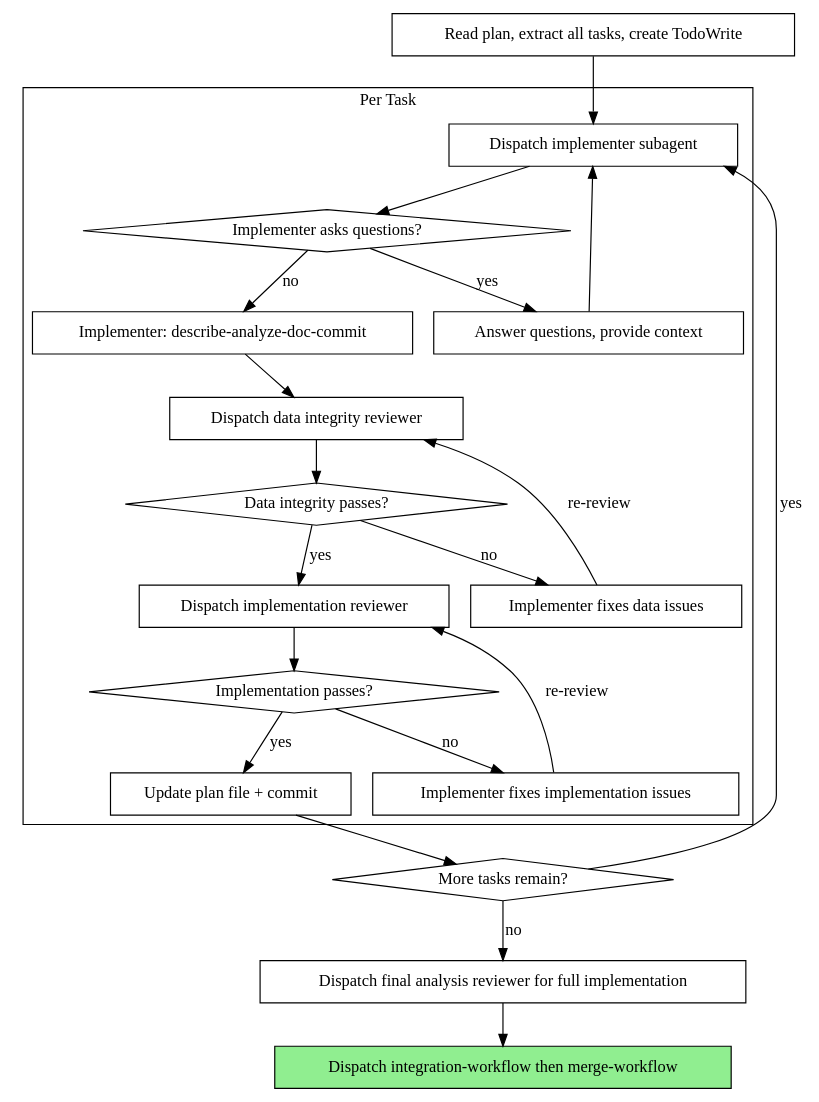
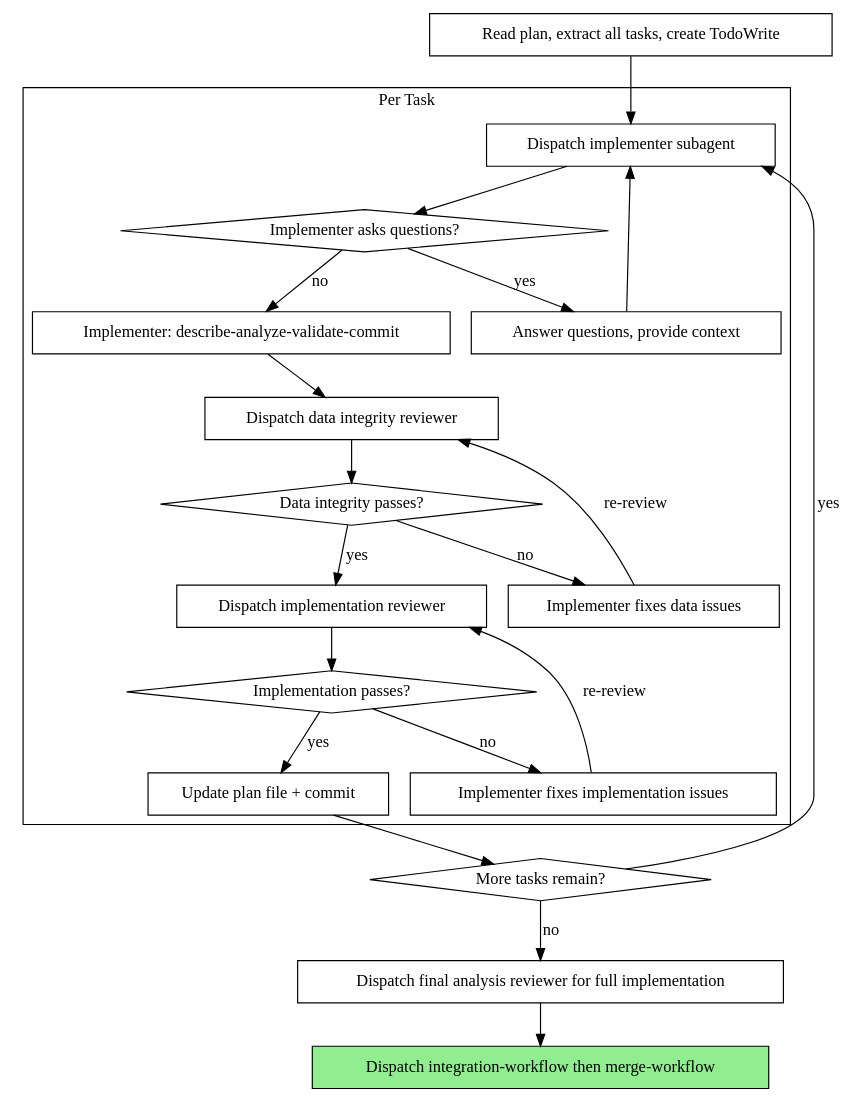
One commit to FuZhiyu/superRA changed the second of 2 diagrams in skills/execution-workflow/SKILL.md. Above: the diagram before and after it, drawn with Graphviz. The commit also changed 12 other files, not shown here.

````diff
--- a/skills/execution-workflow/SKILL.md
+++ b/skills/execution-workflow/SKILL.md
@@ -59,44 +59,44 @@
 ```dot
 digraph process {
     rankdir=TB;
 
     subgraph cluster_per_task {
         label="Per Task";
         "Dispatch implementer subagent" [shape=box];
         "Implementer asks questions?" [shape=diamond];
         "Answer questions, provide context" [shape=box];
-        "Implementer: describe-analyze-doc-commit" [shape=box];
+        "Implementer: describe-analyze-validate-commit" [shape=box];
         "Dispatch data integrity reviewer" [shape=box];
         "Data integrity passes?" [shape=diamond];
         "Implementer fixes data issues" [shape=box];
         "Dispatch implementation reviewer" [shape=box];
         "Implementation passes?" [shape=diamond];
         "Implementer fixes implementation issues" [shape=box];
         "Update plan file + commit" [shape=box];
     }
 
     "Read plan, extract all tasks, create TodoWrite" [shape=box];
     "More tasks remain?" [shape=diamond];
     "Dispatch final analysis reviewer for full implementation" [shape=box];
     "Dispatch integration-workflow then merge-workflow" [shape=box style=filled fillcolor=lightgreen];
 
     "Read plan, extract all tasks, create TodoWrite" -> "Dispatch implementer subagent";
     "Dispatch implementer subagent" -> "Implementer asks questions?";
     "Implementer asks questions?" -> "Answer questions, provide context" [label="yes"];
     "Answer questions, provide context" -> "Dispatch implementer subagent";
-    "Implementer asks questions?" -> "Implementer: describe-analyze-doc-commit" [label="no"];
-    "Implementer: describe-analyze-doc-commit" -> "Dispatch data integrity reviewer";
+    "Implementer asks questions?" -> "Implementer: describe-analyze-validate-commit" [label="no"];
+    "Implementer: describe-analyze-validate-commit" -> "Dispatch data integrity reviewer";
     "Dispatch data integrity reviewer" -> "Data integrity passes?";
     "Data integrity passes?" -> "Implementer fixes data issues" [label="no"];
     "Implementer fixes data issues" -> "Dispatch data integrity reviewer" [label="re-review"];
     "Data integrity passes?" -> "Dispatch implementation reviewer" [label="yes"];
     "Dispatch implementation reviewer" -> "Implementation passes?";
     "Implementation passes?" -> "Implementer fixes implementation issues" [label="no"];
     "Implementer fixes implementation issues" -> "Dispatch implementation reviewer" [label="re-review"];
     "Implementation passes?" -> "Update plan file + commit" [label="yes"];
     "Update plan file + commit" -> "More tasks remain?";
     "More tasks remain?" -> "Dispatch implementer subagent" [label="yes"];
     "More tasks remain?" -> "Dispatch final analysis reviewer for full implementation" [label="no"];
     "Dispatch final analysis reviewer for full implementation" -> "Dispatch integration-workflow then merge-workflow";
 }
 ```
````
